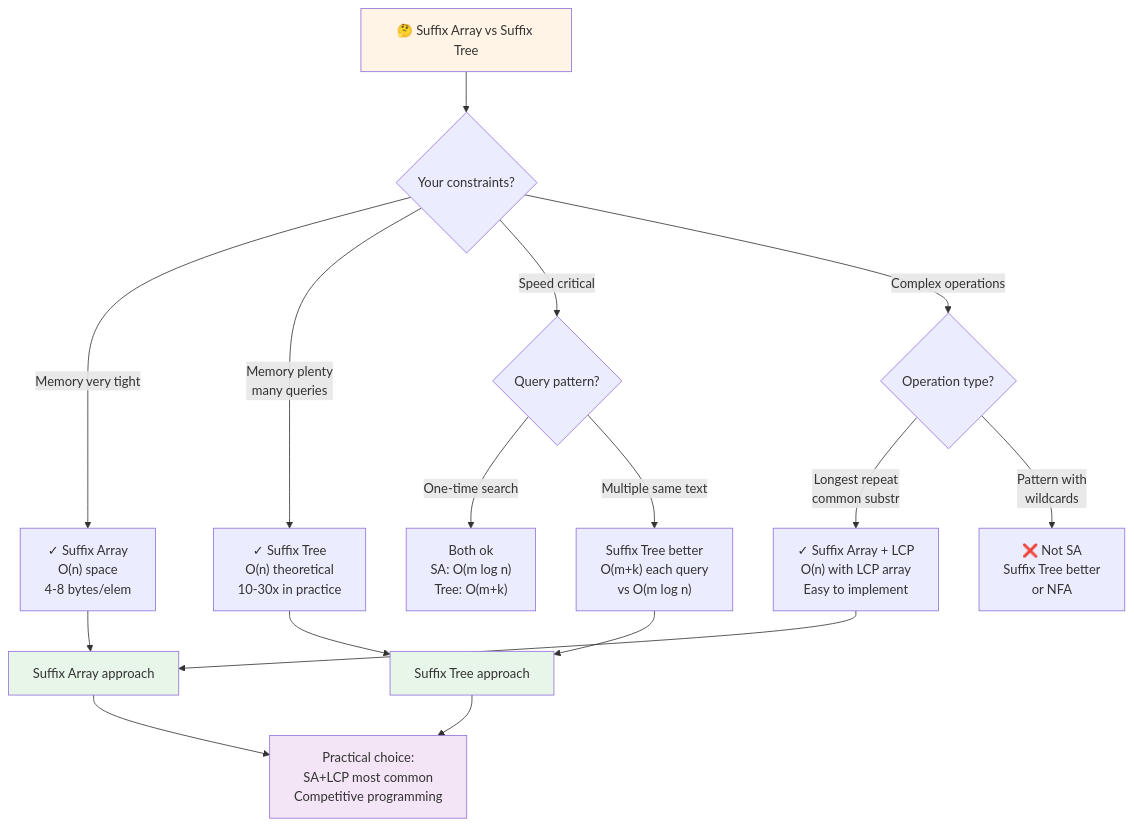
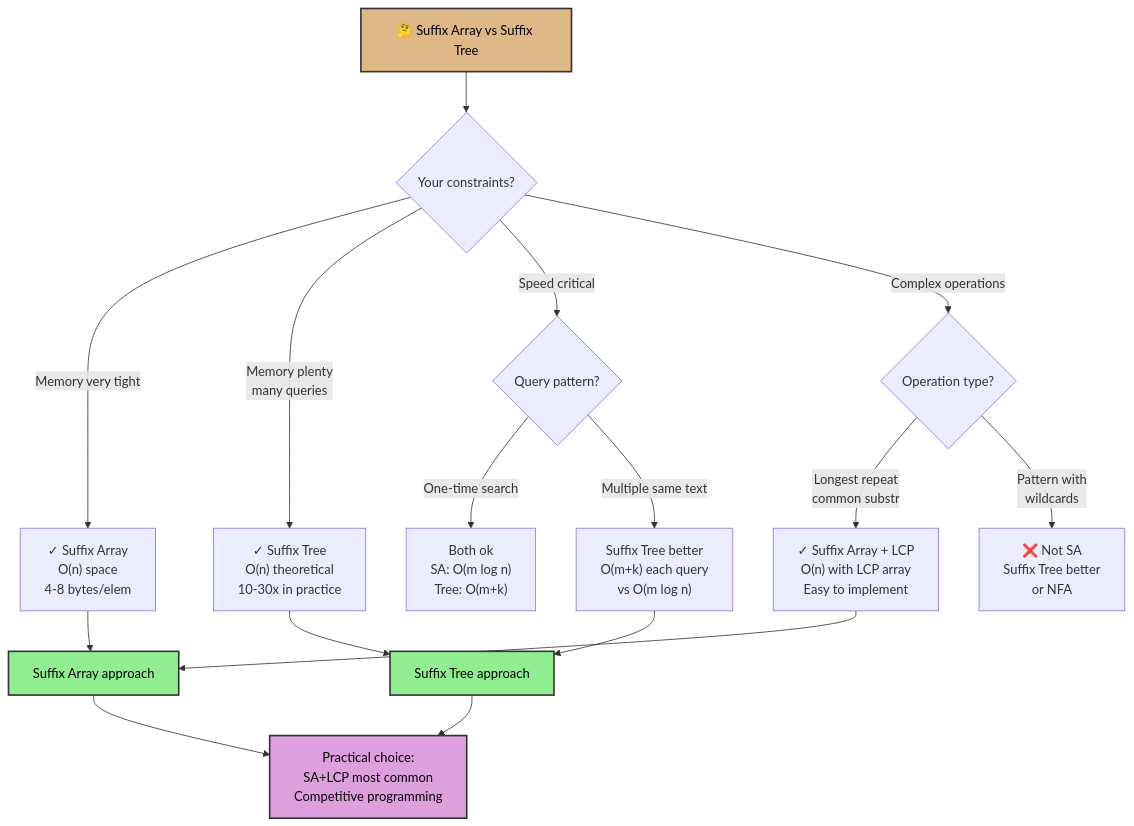
Before and after one commit to souradeepta/interviewprep: the fourth of 4 diagrams in docs/advanced_ds/suffix_array.md, drawn with Mermaid. The commit also changed other lines of this file and 31 other files, not shown here.

Commit message:
updated graphs

````diff
--- a/docs/advanced_ds/suffix_array.md
+++ b/docs/advanced_ds/suffix_array.md
@@ -196,23 +196,23 @@
 ```mermaid
 flowchart TD
     A["🤔 Suffix Array vs Suffix Tree"] --> B{Your constraints?}
     B -->|Memory very tight| C["✓ Suffix Array<br/>O(n) space<br/>4-8 bytes/elem"]
     B -->|Memory plenty<br/>many queries| D["✓ Suffix Tree<br/>O(n) theoretical<br/>10-30x in practice"]
     B -->|Speed critical| E{Query pattern?}
     E -->|One-time search| F["Both ok<br/>SA: O(m log n)<br/>Tree: O(m+k)"]
     E -->|Multiple same text| G["Suffix Tree better<br/>O(m+k) each query<br/>vs O(m log n)"]
     B -->|Complex operations| H{Operation type?}
     H -->|Longest repeat<br/>common substr| I["✓ Suffix Array + LCP<br/>O(n) with LCP array<br/>Easy to implement"]
     H -->|Pattern with<br/>wildcards| J["❌ Not SA<br/>Suffix Tree better<br/>or NFA"]
     C --> K["Suffix Array approach"]
     D --> L["Suffix Tree approach"]
     G --> L
     I --> K
     K --> M["Practical choice:<br/>SA+LCP most common<br/>Competitive programming"]
     L --> M
     
-    style A fill:#fff4e6
-    style K fill:#e8f5e9
-    style L fill:#e8f5e9
-    style M fill:#f3e5f5
+    style A fill:#deb887,color:#000,stroke:#333,stroke-width:2px
+    style K fill:#90ee90,color:#000,stroke:#333,stroke-width:2px
+    style L fill:#90ee90,color:#000,stroke:#333,stroke-width:2px
+    style M fill:#dda0dd,color:#000,stroke:#333,stroke-width:2px
 ```
````
